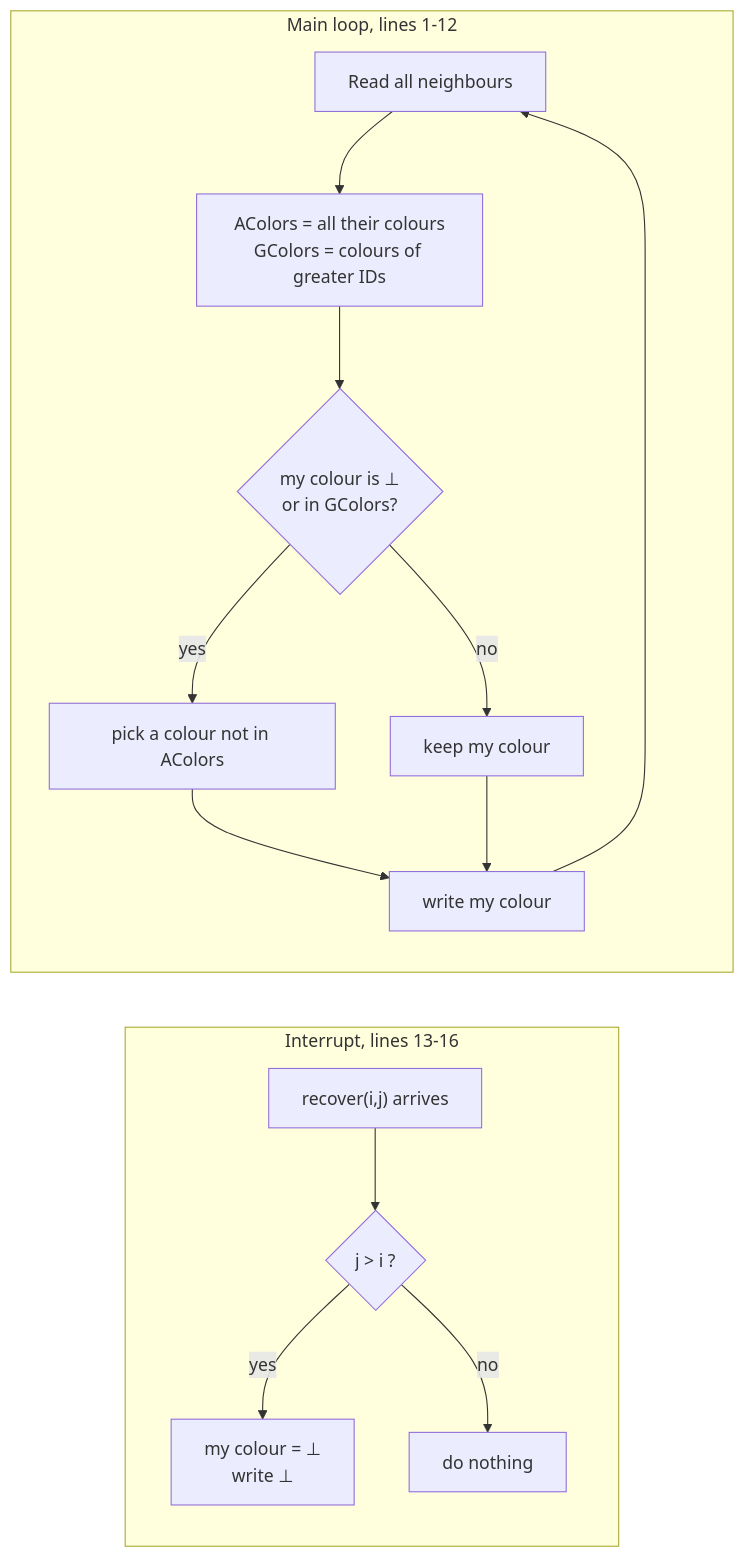
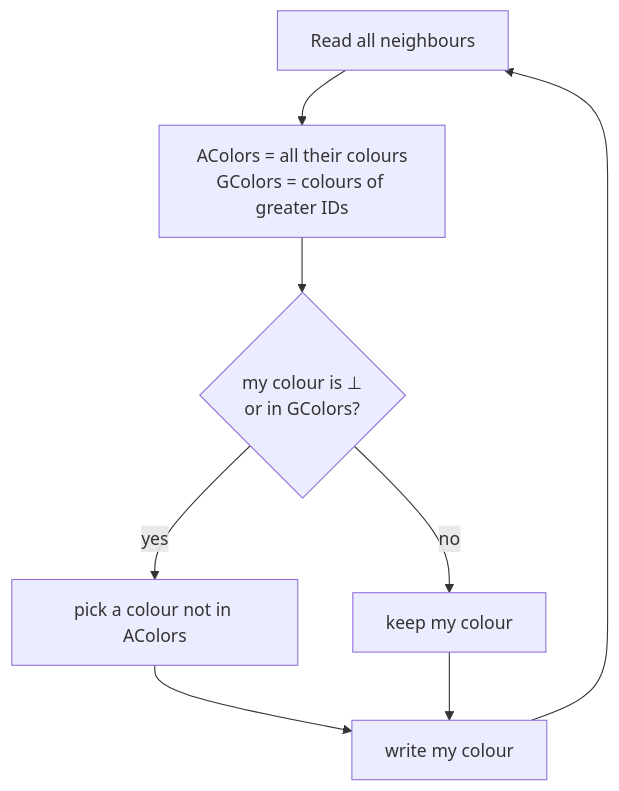
Before and after one commit to FahimMashroor/Chalmers_CSC: diagram 12 of 17 in EDA387-Computer-Networks/15-Superstabilization.md, drawn with Mermaid. The commit also changed other lines of this file, not shown here.

Commit message:
Rewrite 15 Superstabilization in simple language with examples and diagrams

````diff
--- a/EDA387-Computer-Networks/15-Superstabilization.md
+++ b/EDA387-Computer-Networks/15-Superstabilization.md
@@ -353,20 +501,10 @@
 ```mermaid
 flowchart TB
-    subgraph Loop["Main loop, lines 1-12"]
-        direction TB
-        A["Read all neighbours"] --> B["AColors = all their colours<br/>GColors = colours of greater IDs"]
-        B --> C{"my colour is ⊥<br/>or in GColors?"}
-        C -- yes --> D["pick a colour not in AColors"]
-        C -- no --> E["keep my colour"]
-        D --> F["write my colour"]
-        E --> F
-        F --> A
-    end
-    subgraph Int["Interrupt, lines 13-16"]
-        direction TB
-        G["recover(i,j) arrives"] --> H{"j > i ?"}
-        H -- yes --> I["my colour = ⊥<br/>write ⊥"]
-        H -- no --> J["do nothing"]
-    end
-    Loop ~~~ Int
+    A["Read all neighbours"] --> B["AColors = all their colours<br/>GColors = colours of greater IDs"]
+    B --> C{"my colour is ⊥<br/>or in GColors?"}
+    C -- yes --> D["pick a colour not in AColors"]
+    C -- no --> E["keep my colour"]
+    D --> F["write my colour"]
+    E --> F
+    F --> A
 ```
````
